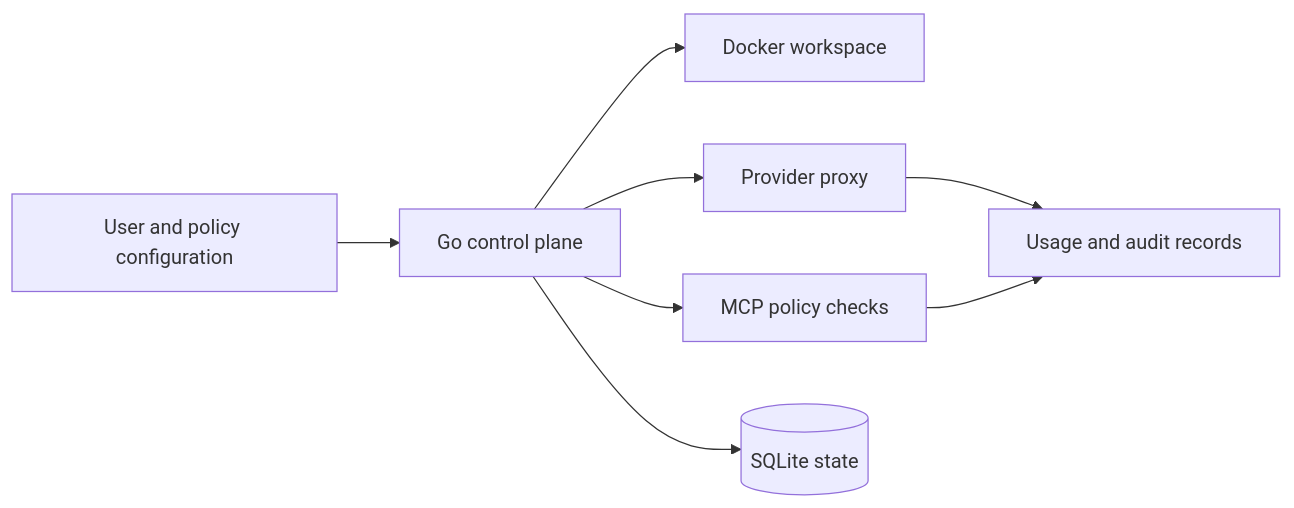
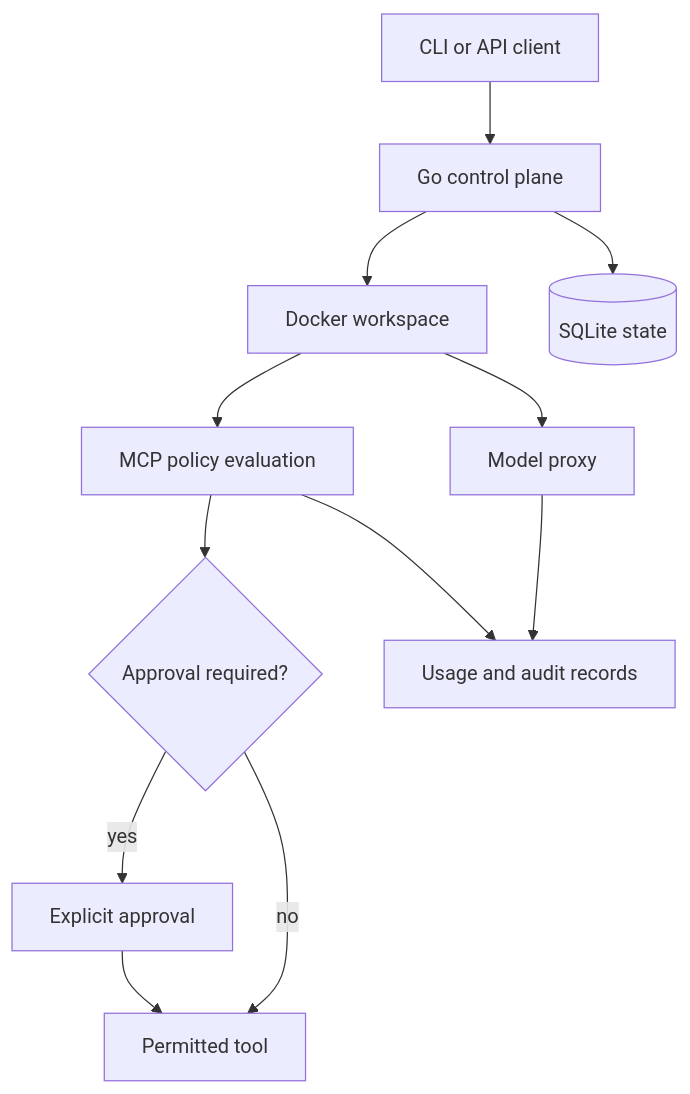
Before and after one commit to qquante/agent-workspace-manager: the diagram in README.md, drawn with Mermaid. The commit also changed other lines of this file, not shown here.

Commit message:
docs: explain agent workspace manager with project-specific usage

````diff
--- a/README.md
+++ b/README.md
@@ -26,10 +16,14 @@
 ```mermaid
-flowchart LR
-  A[User and policy configuration] --> B[Go control plane]
-  B --> C[Docker workspace]
-  B --> D[Provider proxy]
-  B --> E[MCP policy checks]
-  B --> F[(SQLite state)]
-  D --> G[Usage and audit records]
-  E --> G
+flowchart TB
+  Operator[CLI or API client] --> Control[Go control plane]
+  Control --> Workspace[Docker workspace]
+  Workspace --> Proxy[Model proxy]
+  Workspace --> Policy[MCP policy evaluation]
+  Policy --> Approval{Approval required?}
+  Approval -->|yes| Review[Explicit approval]
+  Approval -->|no| Tool[Permitted tool]
+  Review --> Tool
+  Control --> State[(SQLite state)]
+  Proxy --> Audit[Usage and audit records]
+  Policy --> Audit
 ```
````
